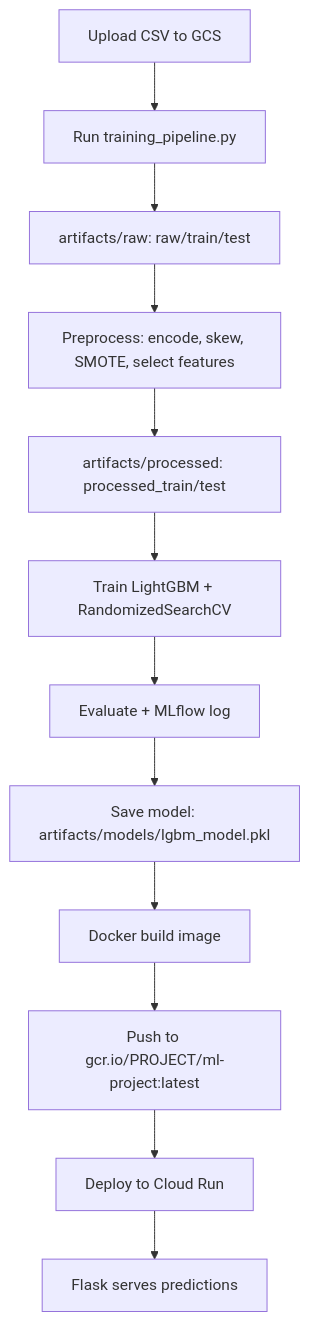
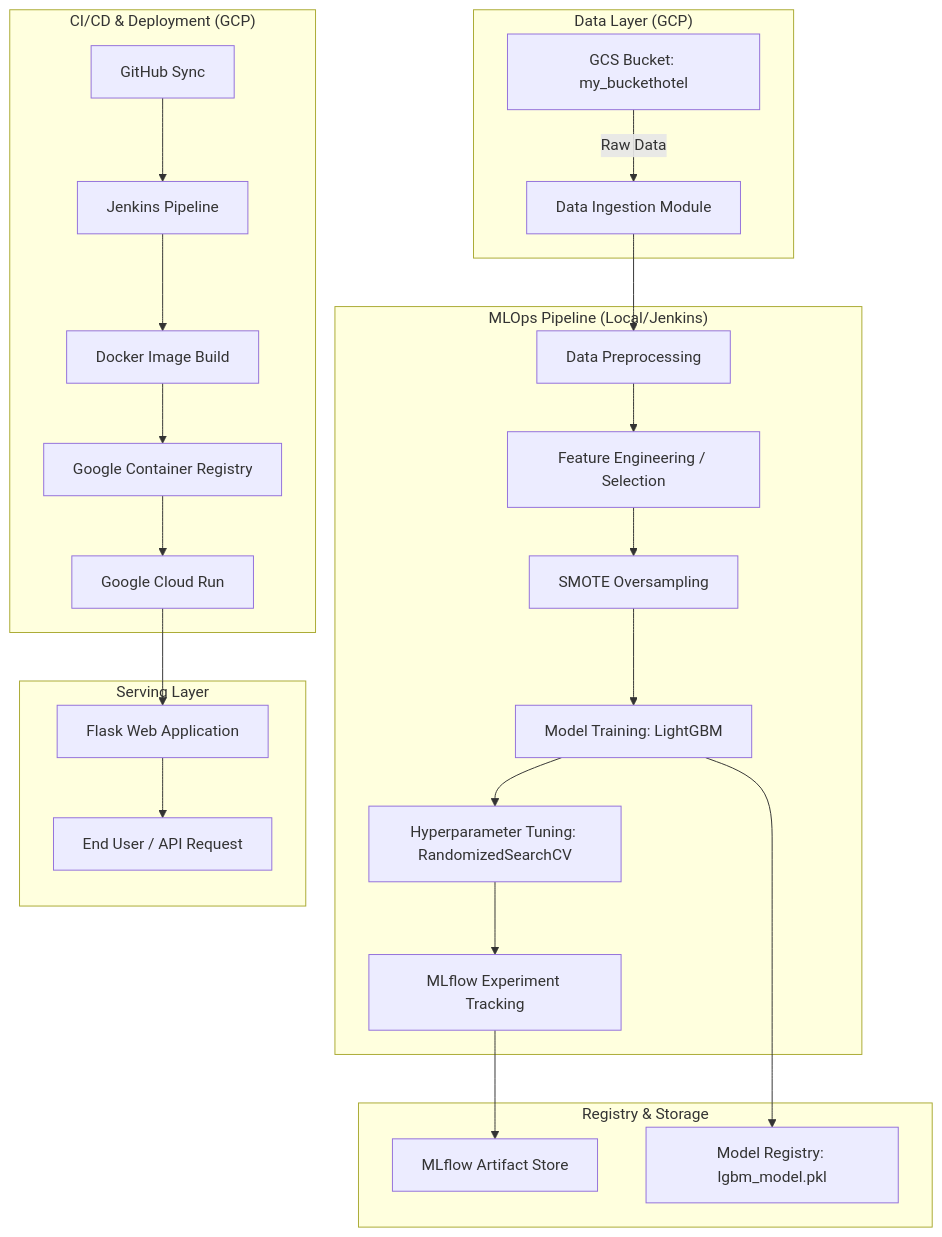
One commit to SAMI-CODEAI/CancelCheck changed the diagram in README.md. Above: the diagram before and after it, drawn with Mermaid. The commit also changed other lines of this file, not shown here.

`````diff
--- a/README.md
+++ b/README.md
@@ -69,14 +16,32 @@
 ```mermaid
-flowchart TD
-    A[Upload CSV to GCS] --> B[Run training_pipeline.py]
-    B --> C[artifacts/raw: raw/train/test]
-    C --> D[Preprocess: encode, skew, SMOTE, select features]
-    D --> E[artifacts/processed: processed_train/test]
-    E --> F[Train LightGBM + RandomizedSearchCV]
-    F --> G[Evaluate + MLflow log]
-    G --> H[Save model: artifacts/models/lgbm_model.pkl]
-    H --> I[Docker build image]
-    I --> J[Push to gcr.io/PROJECT/ml-project:latest]
-    J --> K[Deploy to Cloud Run]
-    K --> L[Flask serves predictions]
-````
+graph TD
+    subgraph "Data Layer (GCP)"
+        A[GCS Bucket: my_buckethotel] -->|Raw Data| B[Data Ingestion Module]
+    end
+    
+    subgraph "MLOps Pipeline (Local/Jenkins)"
+        B --> C[Data Preprocessing]
+        C --> D[Feature Engineering / Selection]
+        D --> E[SMOTE Oversampling]
+        E --> F[Model Training: LightGBM]
+        F --> G[Hyperparameter Tuning: RandomizedSearchCV]
+        G --> H[MLflow Experiment Tracking]
+    end
+    
+    subgraph "Registry & Storage"
+        H --> I[MLflow Artifact Store]
+        F --> J[Model Registry: lgbm_model.pkl]
+    end
+    
+    subgraph "CI/CD & Deployment (GCP)"
+        K[GitHub Sync] --> L[Jenkins Pipeline]
+        L --> M[Docker Image Build]
+        M --> N[Google Container Registry]
+        N --> O[Google Cloud Run]
+    end
+    
+    subgraph "Serving Layer"
+        O --> P[Flask Web Application]
+        P --> Q[End User / API Request]
+    end
+```
`````
